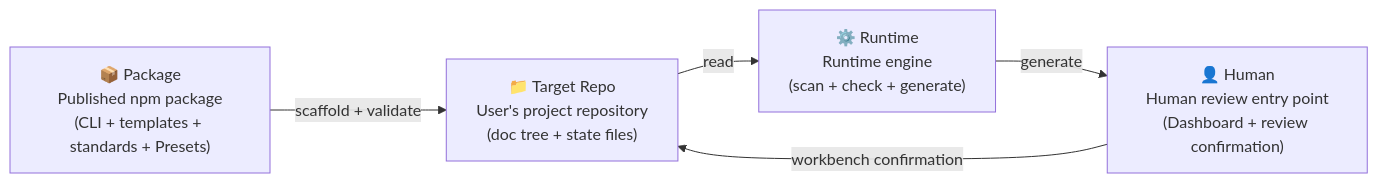
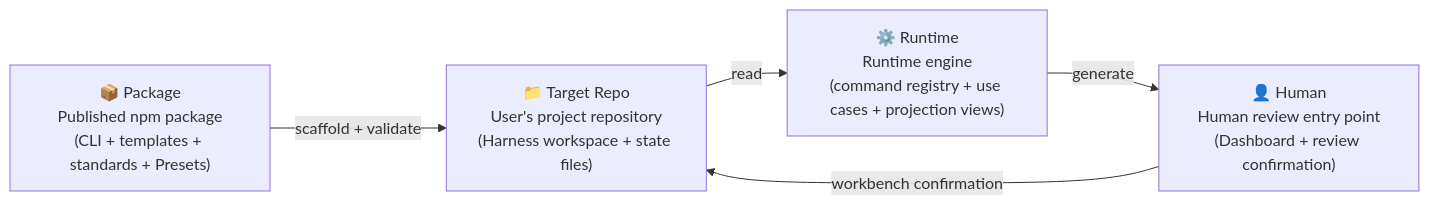
Before and after one commit to FairladyZ625/coding-agent-harness: the first of 4 diagrams in docs-release/architecture/system-explainer/en-US/01-system-overview.md, drawn with Mermaid. The commit also changed other lines of this file and 13 other files, not shown here.

Commit message:
docs: align release architecture docs

````diff
--- a/docs-release/architecture/system-explainer/en-US/01-system-overview.md
+++ b/docs-release/architecture/system-explainer/en-US/01-system-overview.md
@@ -57,12 +57,12 @@
 ```mermaid
 flowchart LR
   A["📦 Package\nPublished npm package\n(CLI + templates + standards + Presets)"]
-  B["📁 Target Repo\nUser's project repository\n(doc tree + state files)"]
-  C["⚙️ Runtime\nRuntime engine\n(scan + check + generate)"]
+  B["📁 Target Repo\nUser's project repository\n(Harness workspace + state files)"]
+  C["⚙️ Runtime\nRuntime engine\n(command registry + use cases + projection views)"]
   D["👤 Human\nHuman review entry point\n(Dashboard + review confirmation)"]
 
   A -->|"scaffold + validate"| B
   B -->|"read"| C
   C -->|"generate"| D
   D -->|"workbench confirmation"| B
 ```
````
